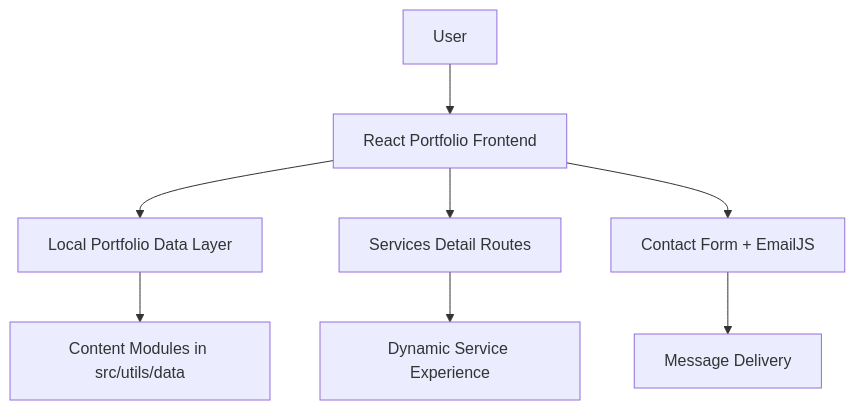
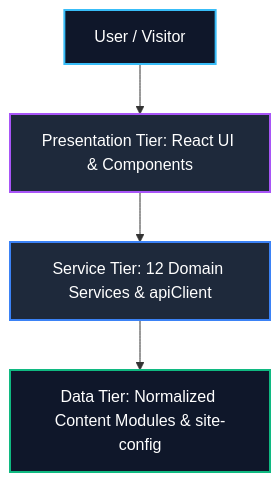
One commit to Haiderali445/portfolio-website changed the first of 4 diagrams in README.md. Above: the diagram before and after it, drawn with Mermaid. The commit also changed other lines of this file and 50 other files, not shown here.

Commit message:
feat(architecture): refactor to 3-tier domain service layer, dynamic data modules, and updated UI components

````diff
--- a/README.md
+++ b/README.md
@@ -42,10 +57,11 @@
 ```mermaid
 flowchart TD
-    A[User] --> B[React Portfolio Frontend]
-    B --> C[Local Portfolio Data Layer]
-    B --> D[Services Detail Routes]
-    B --> E[Contact Form + EmailJS]
-    C --> F[Content Modules in src/utils/data]
-    D --> G[Dynamic Service Experience]
-    E --> H[Message Delivery]
+    A[User / Visitor] --> B[Presentation Tier: React UI & Components]
+    B --> C[Service Tier: 12 Domain Services & apiClient]
+    C --> D[Data Tier: Normalized Content Modules & site-config]
+    style A fill:#0f172a,stroke:#38bdf8,stroke-width:2px,color:#fff
+    style B fill:#1e293b,stroke:#a855f7,stroke-width:2px,color:#fff
+    style C fill:#1e293b,stroke:#3b82f6,stroke-width:2px,color:#fff
+    style D fill:#0f172a,stroke:#10b981,stroke-width:2px,color:#fff
+
 ```
````
